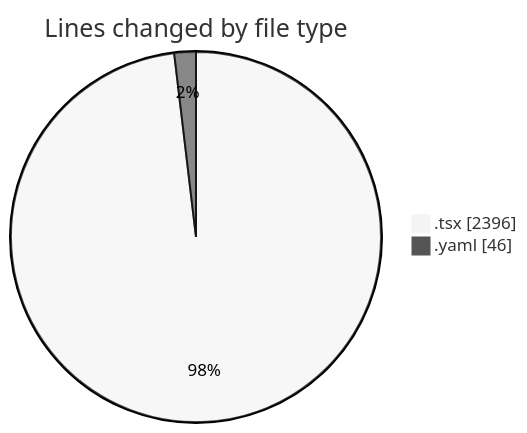
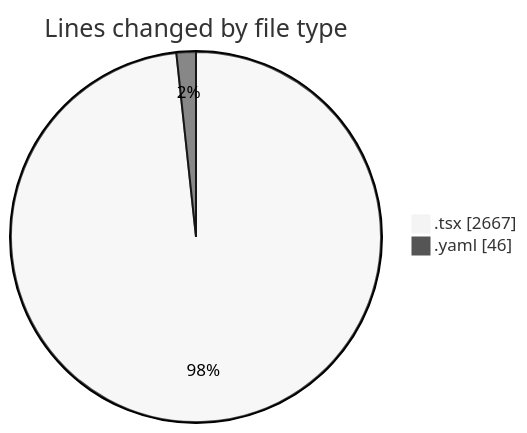
The first of 2 diagrams in 2025-11-20/cda/README.md (momahboobian/code-tracking), drawn with Mermaid (neutral theme) before and after one commit. The commit also changed other lines of this file and 1 other file, not shown here.

````diff
--- a/2025-11-20/cda/README.md
+++ b/2025-11-20/cda/README.md
@@ -31,6 +32,6 @@
 ```mermaid
 pie showData
 title Lines changed by file type
-".tsx" : 2396
+".tsx" : 2667
 ".yaml" : 46
 ```
````
